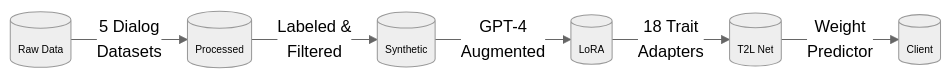
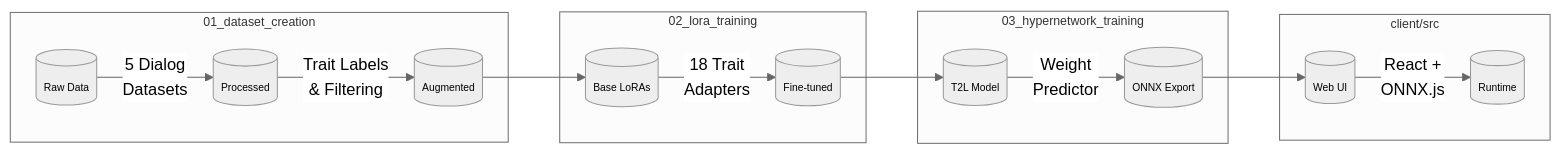
One commit to maxfarnham/lora-web-builder changed the diagram in README.md. Above: the diagram before and after it, drawn with Mermaid (neutral theme). The commit also changed other lines of this file, not shown here.

Commit message:
Update mermaid diagram

````diff
--- a/README.md
+++ b/README.md
@@ -13,18 +13,38 @@
 ```mermaid
 flowchart LR
-    classDef small-text text-align:center,font-size:10px
-    A[("Raw Data")]
-    B[("Processed")]
-    C[("Synthetic")]
-    D[("LoRA")]
-    E[("T2L Net")]
-    F[("Client")]
-    
-    A-->|"5 Dialog<br>Datasets"|B
-    B-->|"Labeled &<br>Filtered"|C
-    C-->|"GPT-4<br>Augmented"|D
-    D-->|"18 Trait<br>Adapters"|E
-    E-->|"Weight<br>Predictor"|F
-    
-    class A,B,C,D,E,F small-text
+    classDef stage text-align:center,font-size:12px
+    classDef step text-align:center,font-size:10px
+
+    subgraph "01_dataset_creation"
+        A[("Raw Data")]
+        B[("Processed")]
+        C[("Augmented")]
+        A-->|"5 Dialog<br>Datasets"|B
+        B-->|"Trait Labels<br>& Filtering"|C
+    end
+
+    subgraph "02_lora_training"
+        D[("Base LoRAs")]
+        E[("Fine-tuned")]
+        D-->|"18 Trait<br>Adapters"|E
+    end
+
+    subgraph "03_hypernetwork_training"
+        F[("T2L Model")]
+        G[("ONNX Export")]
+        F-->|"Weight<br>Predictor"|G
+    end
+
+    subgraph "client/src"
+        H[("Web UI")]
+        I[("Runtime")]
+        H-->|"React +<br>ONNX.js"|I
+    end
+
+    C --> D
+    E --> F 
+    G --> H
+
+    class A,B,C,D,E,F,G,H,I step
+    class 01_dataset_creation,02_lora_training,03_hypernetwork_training,client/src stage
 ```
````
